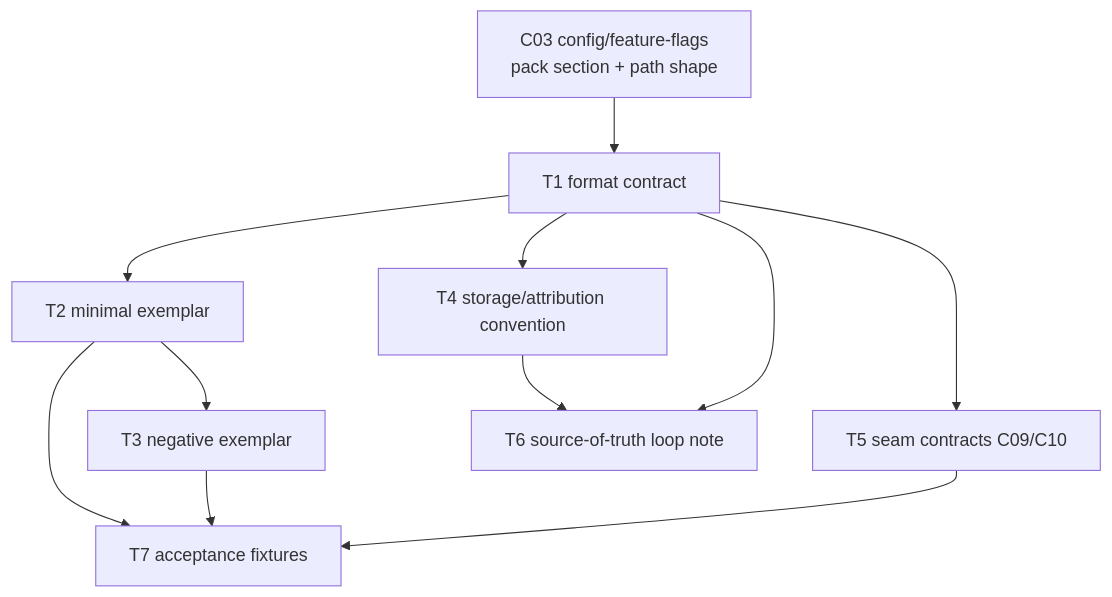
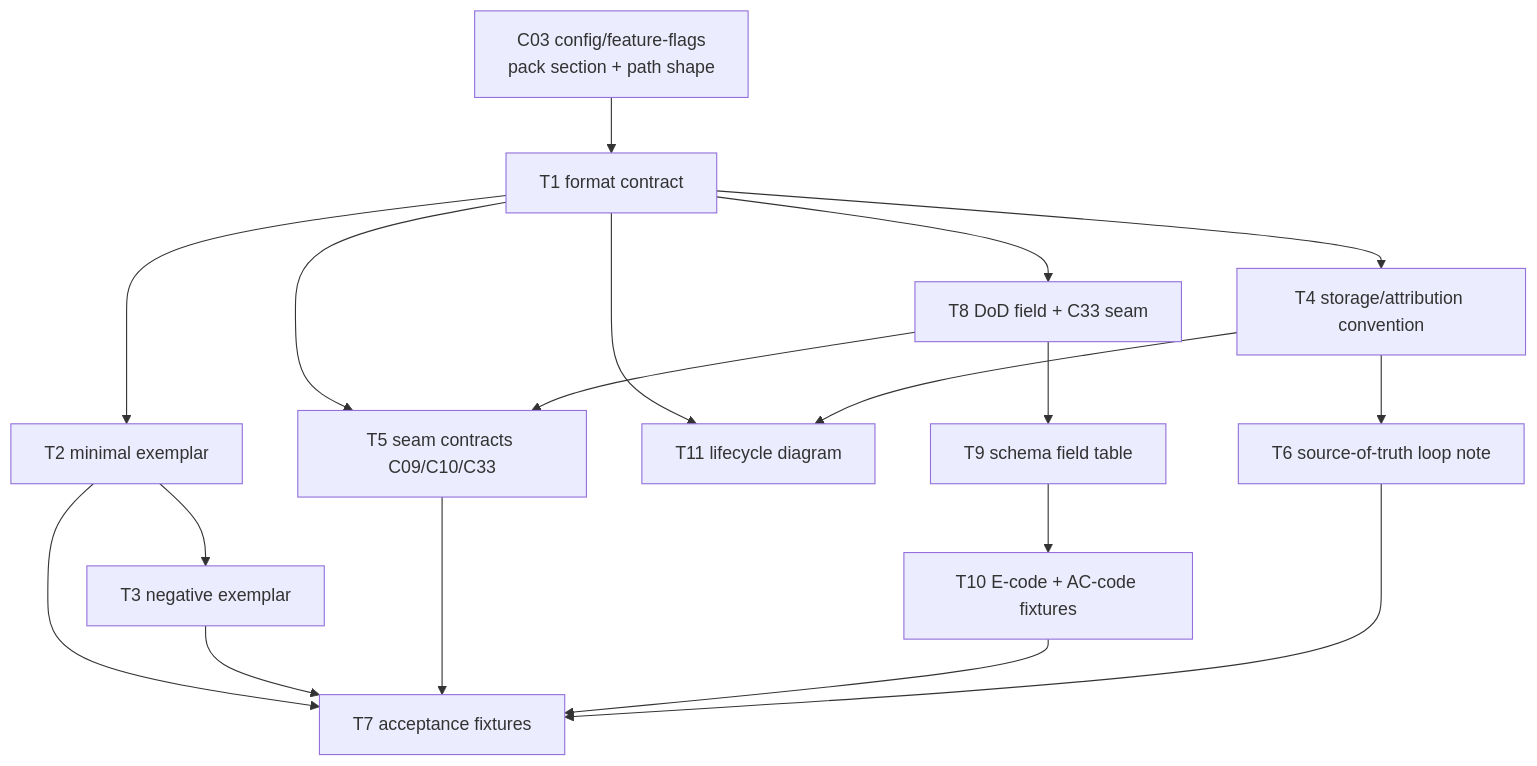
Before and after one commit to lago-morph/software-factory: the diagram in architectures/v4/plan-faithful/C08-spec-artifact.md, drawn with Mermaid. The commit also changed other lines of this file and 3 other files, not shown here.

````diff
--- a/architectures/v4/plan-faithful/C08-spec-artifact.md
+++ b/architectures/v4/plan-faithful/C08-spec-artifact.md
@@ -24,13 +30,20 @@
 ```mermaid
 flowchart TD
     C03[C03 config/feature-flags<br/>pack section + path shape] --> T1
     T1[T1 format contract] --> T2[T2 minimal exemplar]
     T1 --> T4[T4 storage/attribution convention]
-    T1 --> T5[T5 seam contracts C09/C10]
+    T1 --> T5[T5 seam contracts C09/C10/C33]
+    T1 --> T8[T8 DoD field + C33 seam]
+    T1 --> T11[T11 lifecycle diagram]
     T2 --> T3[T3 negative exemplar]
     T2 --> T7[T7 acceptance fixtures]
     T3 --> T7
     T4 --> T6[T6 source-of-truth loop note]
+    T4 --> T11
     T5 --> T7
-    T1 --> T6
+    T8 --> T5
+    T8 --> T9[T9 schema field table]
+    T9 --> T10[T10 E-code + AC-code fixtures]
+    T10 --> T7
+    T6 --> T7
 ```
````
